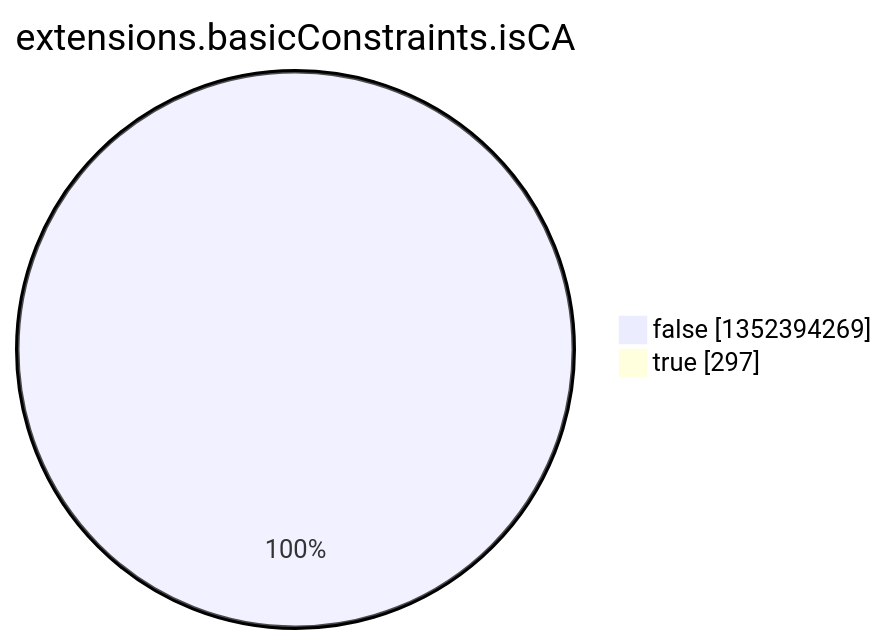
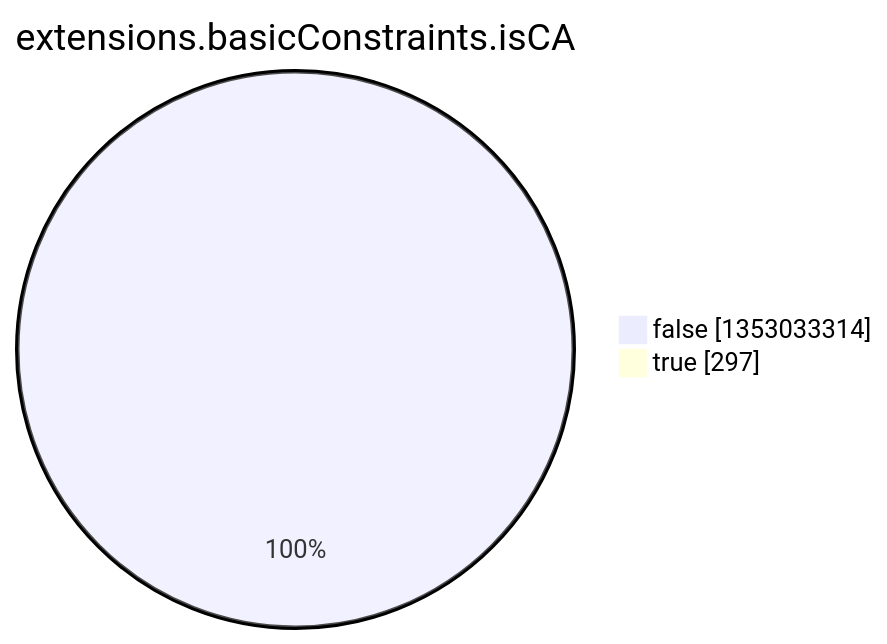
One commit to christiankrug/ctmonitor_visualization changed the eighth of 15 diagrams in argon2022/README.md. Above: the diagram before and after it, drawn with Mermaid. The commit also changed other lines of this file, not shown here.

````diff
--- a/argon2022/README.md
+++ b/argon2022/README.md
@@ -2758,6 +2758,6 @@
 ```mermaid
 pie showData
 title extensions.basicConstraints.isCA
-"false" :1352394269
+"false" :1353033314
 "true" :297
 ```
````
